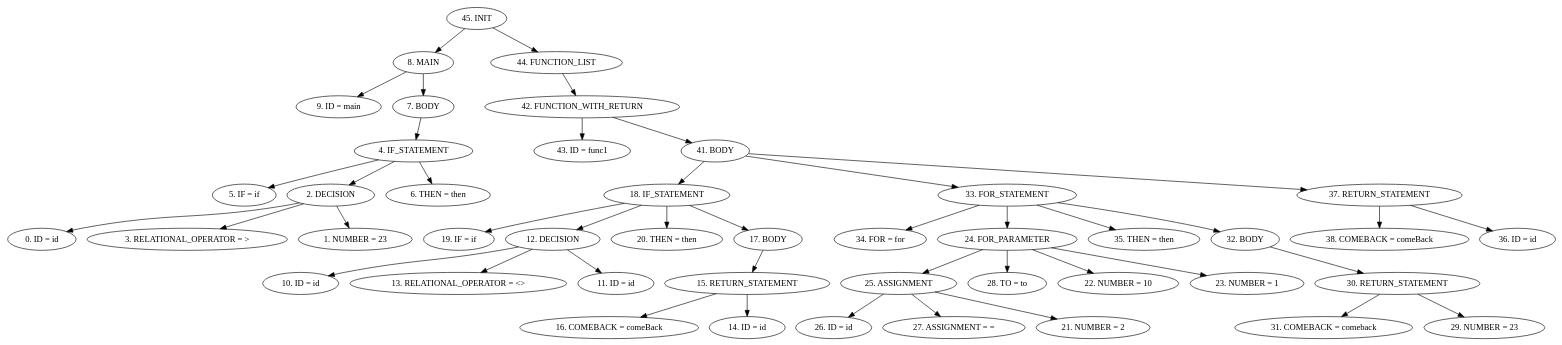
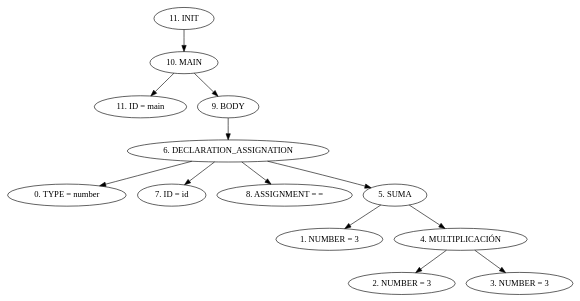
One commit to Carlosvhz/compiladores_proyecto changed the diagram in src/AST/AST.dot. Above: the diagram before and after it, drawn with Graphviz. The commit also changed 5 other files, not shown here.

```diff
--- a/src/AST/AST.dot
+++ b/src/AST/AST.dot
@@ -1,47 +1,16 @@
 digraph G {
-"45. INIT"->"8. MAIN"
-"8. MAIN"->"9. ID = main"
-"8. MAIN"->"7. BODY"
-"7. BODY"->"4. IF_STATEMENT"
-"4. IF_STATEMENT"->"5. IF = if"
-"4. IF_STATEMENT"->"2. DECISION"
-"2. DECISION"->"0. ID = id"
-"2. DECISION"->"3. RELATIONAL_OPERATOR = >"
-"2. DECISION"->"1. NUMBER = 23"
-"4. IF_STATEMENT"->"6. THEN = then"
-"45. INIT"->"44. FUNCTION_LIST"
-"44. FUNCTION_LIST"->"42. FUNCTION_WITH_RETURN"
-"42. FUNCTION_WITH_RETURN"->"43. ID = func1"
-"42. FUNCTION_WITH_RETURN"->"41. BODY"
-"41. BODY"->"18. IF_STATEMENT"
-"18. IF_STATEMENT"->"19. IF = if"
-"18. IF_STATEMENT"->"12. DECISION"
-"12. DECISION"->"10. ID = id"
-"12. DECISION"->"13. RELATIONAL_OPERATOR = <>"
-"12. DECISION"->"11. ID = id"
-"18. IF_STATEMENT"->"20. THEN = then"
-"18. IF_STATEMENT"->"17. BODY"
-"17. BODY"->"15. RETURN_STATEMENT"
-"15. RETURN_STATEMENT"->"16. COMEBACK = comeBack"
-"15. RETURN_STATEMENT"->"14. ID = id"
-"41. BODY"->"33. FOR_STATEMENT"
-"33. FOR_STATEMENT"->"34. FOR = for"
-"33. FOR_STATEMENT"->"24. FOR_PARAMETER"
-"24. FOR_PARAMETER"->"25. ASSIGNMENT"
-"25. ASSIGNMENT"->"26. ID = id"
-"25. ASSIGNMENT"->"27. ASSIGNMENT = ="
-"25. ASSIGNMENT"->"21. NUMBER = 2"
-"24. FOR_PARAMETER"->"28. TO = to"
-"24. FOR_PARAMETER"->"22. NUMBER = 10"
-"24. FOR_PARAMETER"->"23. NUMBER = 1"
-"33. FOR_STATEMENT"->"35. THEN = then"
-"33. FOR_STATEMENT"->"32. BODY"
-"32. BODY"->"30. RETURN_STATEMENT"
-"30. RETURN_STATEMENT"->"31. COMEBACK = comeback"
-"30. RETURN_STATEMENT"->"29. NUMBER = 23"
-"41. BODY"->"37. RETURN_STATEMENT"
-"37. RETURN_STATEMENT"->"38. COMEBACK = comeBack"
-"37. RETURN_STATEMENT"->"36. ID = id"
+"11. INIT"->"10. MAIN"
+"10. MAIN"->"11. ID = main"
+"10. MAIN"->"9. BODY"
+"9. BODY"->"6. DECLARATION_ASSIGNATION"
+"6. DECLARATION_ASSIGNATION"->"0. TYPE = number"
+"6. DECLARATION_ASSIGNATION"->"7. ID = id"
+"6. DECLARATION_ASSIGNATION"->"8. ASSIGNMENT = ="
+"6. DECLARATION_ASSIGNATION"->"5. SUMA"
+"5. SUMA"->"1. NUMBER = 3"
+"5. SUMA"->"4. MULTIPLICACIÓN"
+"4. MULTIPLICACIÓN"->"2. NUMBER = 3"
+"4. MULTIPLICACIÓN"->"3. NUMBER = 3"
 
 
 }
```
